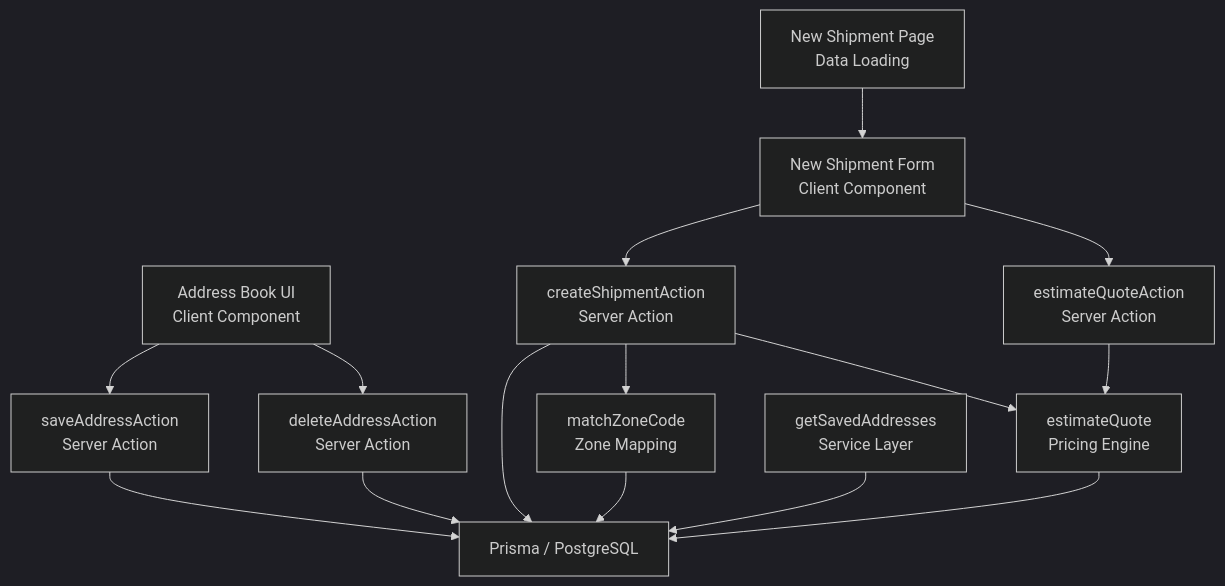
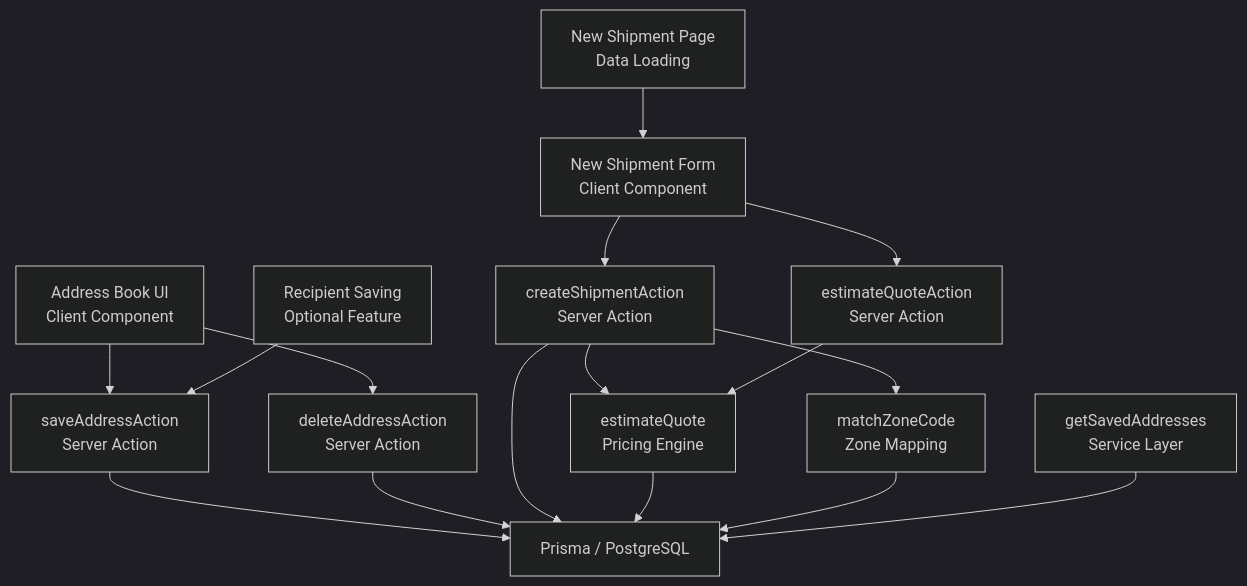
Before and after one commit to gyamposudodzi/Timberland: the first of 17 diagrams in .qoder/repowiki/en/content/Shipment Management/Address Management.md, drawn with Mermaid (dark theme). The commit also changed other lines of this file and 78 other files, not shown here.

First line of the commit message:
docs(address): add optional recipient saving feature during shipment creation

````diff
--- a/.qoder/repowiki/en/content/Shipment Management/Address Management.md
+++ b/.qoder/repowiki/en/content/Shipment Management/Address Management.md
@@ -55,17 +58,18 @@
 ```mermaid
 graph TB
 UI["Address Book UI<br/>Client Component"] --> AA["saveAddressAction<br/>Server Action"]
 UI --> DA["deleteAddressAction<br/>Server Action"]
 UI2["New Shipment Form<br/>Client Component"] --> SA["createShipmentAction<br/>Server Action"]
 UI2 --> QA["estimateQuoteAction<br/>Server Action"]
 AA --> DB["Prisma / PostgreSQL"]
 DA --> DB
 SA --> DB
 SA --> ZONES["matchZoneCode<br/>Zone Mapping"]
 SA --> RATING["estimateQuote<br/>Pricing Engine"]
 QA --> RATING
 RATING --> DB
 ZONES --> DB
 AS["getSavedAddresses<br/>Service Layer"] --> DB
 NSF["New Shipment Page<br/>Data Loading"] --> UI2
+RSF["Recipient Saving<br/>Optional Feature"] --> AA
 ```
````
